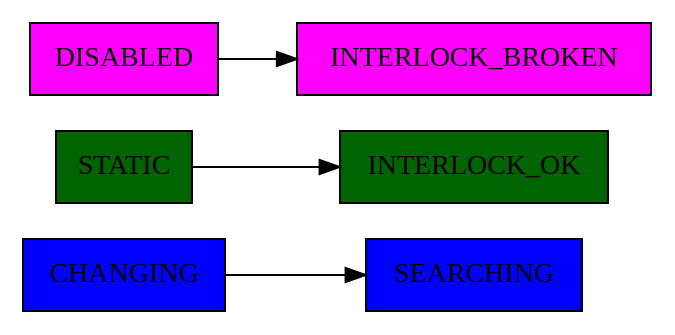
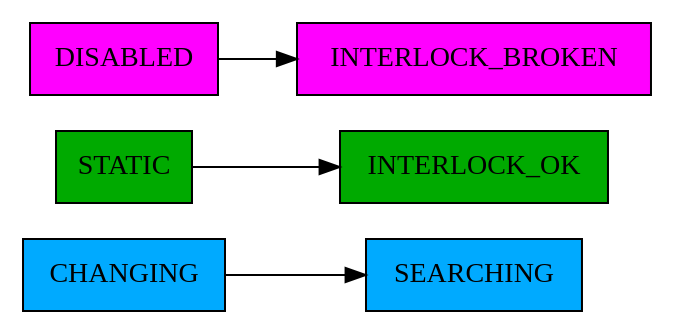
One commit to European-XFEL/Karabo changed diagram 18 of 18 in doc/concepts/states.rst. Above: the diagram before and after it, drawn with Graphviz. The commit also changed other lines of this file, not shown here.

```diff
--- a/doc/concepts/states.rst
+++ b/doc/concepts/states.rst
@@ -669,16 +710,16 @@
 .. digraph:: state_transitions
 
     rankdir = LR;
 
-    "CHANGING"[shape = box style=filled, fillcolor=blue]
-    "SEARCHING"[shape = box style=filled, fillcolor=blue]
+    "CHANGING"[shape = box style=filled, fillcolor="#00AAFF"]
+    "SEARCHING"[shape = box style=filled, fillcolor="#00AAFF"]
 
-    "STATIC"[shape = box style=filled, fillcolor=darkgreen]
-    "INTERLOCK_OK"[shape = box style=filled, fillcolor=darkgreen]
+    "STATIC"[shape = box style=filled, fillcolor="#00AA00"]
+    "INTERLOCK_OK"[shape = box style=filled, fillcolor="#00AA00"]
 
-    "DISABLED"[shape = box style=filled, fillcolor=magenta]
-    "INTERLOCK_BROKEN"[shape = box style=filled, fillcolor=magenta]
+    "DISABLED"[shape = box style=filled, fillcolor="#FF00FF"]
+    "INTERLOCK_BROKEN"[shape = box style=filled, fillcolor="#FF00FF"]
 
     "CHANGING" -> "SEARCHING"
     "STATIC" -> "INTERLOCK_OK"
     "DISABLED" -> "INTERLOCK_BROKEN"
```
